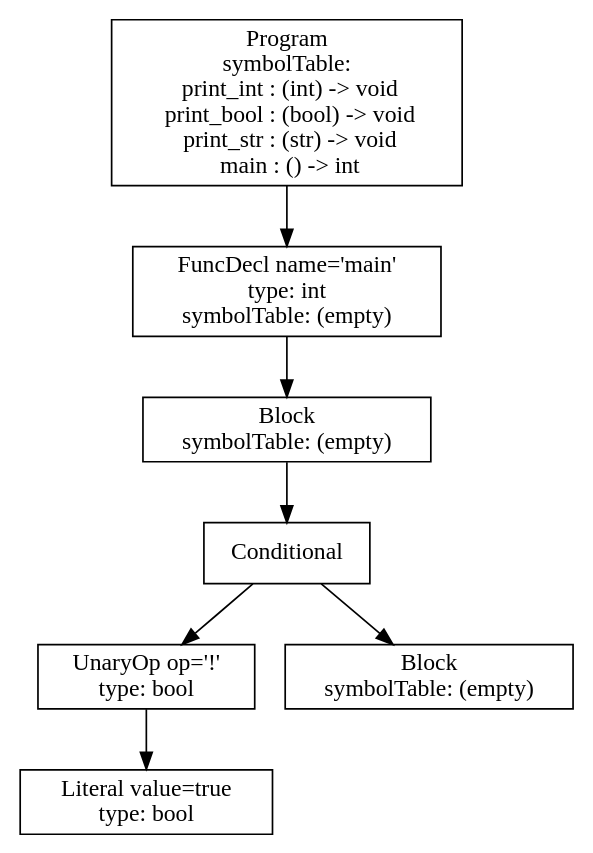
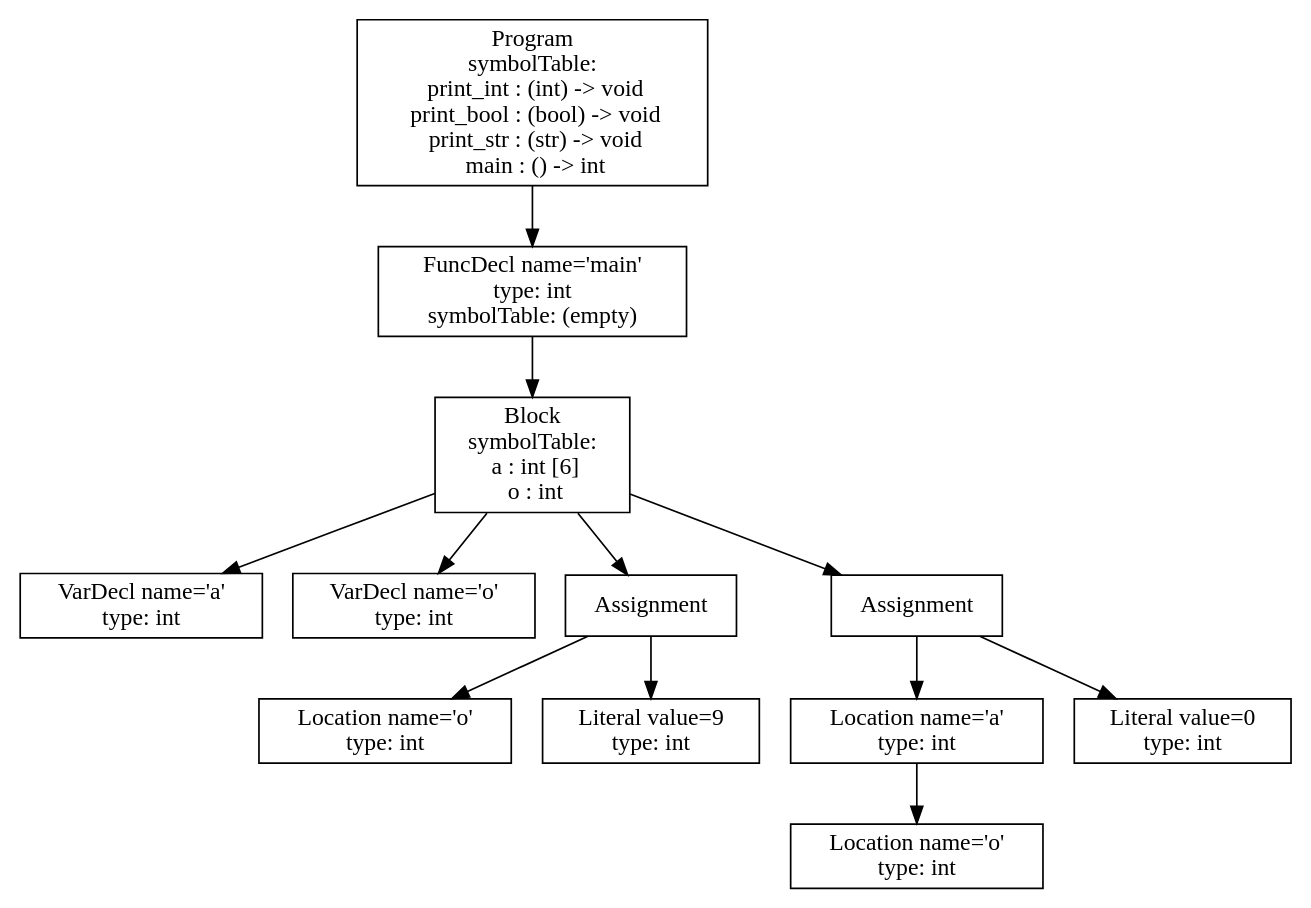
The diagram in ast.dot (vtstew/p3-analysis), drawn with Graphviz before and after one commit. The commit also changed 14 other files, not shown here.

```diff
--- a/ast.dot
+++ b/ast.dot
@@ -1,15 +1,25 @@
 digraph AST {
-5 [shape=box, label="Literal value=true\ntype: bool"];
-4 [shape=box, label="UnaryOp op='!'\ntype: bool"];
-4 -> 5;
-6 [shape=box, label="Block\nsymbolTable: (empty)"];
-3 [shape=box, label="Conditional"];
-3 -> 4;
-3 -> 6;
-2 [shape=box, label="Block\nsymbolTable: (empty)"];
+3 [shape=box, label="VarDecl name='a'\ntype: int"];
+4 [shape=box, label="VarDecl name='o'\ntype: int"];
+6 [shape=box, label="Location name='o'\ntype: int"];
+7 [shape=box, label="Literal value=9\ntype: int"];
+5 [shape=box, label="Assignment"];
+5 -> 6;
+5 -> 7;
+10 [shape=box, label="Location name='o'\ntype: int"];
+9 [shape=box, label="Location name='a'\ntype: int"];
+9 -> 10;
+11 [shape=box, label="Literal value=0\ntype: int"];
+8 [shape=box, label="Assignment"];
+8 -> 9;
+8 -> 11;
+2 [shape=box, label="Block\nsymbolTable: \n  a : int [6]\n  o : int"];
 2 -> 3;
+2 -> 4;
+2 -> 5;
+2 -> 8;
 1 [shape=box, label="FuncDecl name='main'\ntype: int\nsymbolTable: (empty)"];
 1 -> 2;
 0 [shape=box, label="Program\nsymbolTable: \n  print_int : (int) -> void\n  print_bool : (bool) -> void\n  print_str : (str) -> void\n  main : () -> int"];
 0 -> 1;
 }
```
